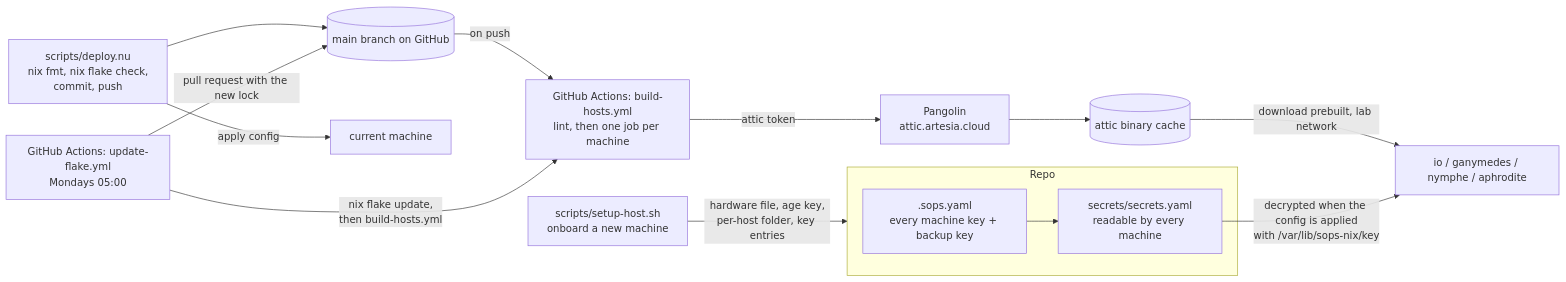
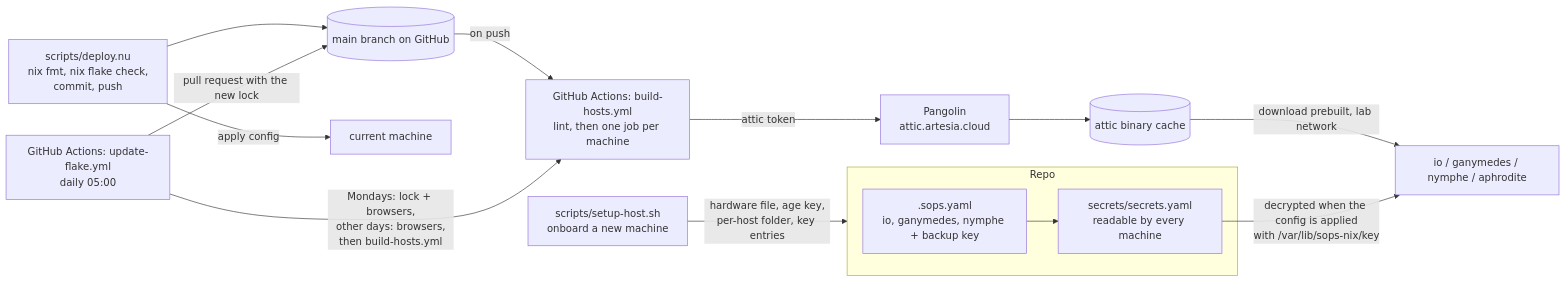
The second of 2 diagrams in docs/structure.md (68656c6c/celestial), drawn with Mermaid before and after one commit. The commit also changed other lines of this file and 2 other files, not shown here.

````diff
--- a/docs/structure.md
+++ b/docs/structure.md
@@ -158,22 +158,22 @@
 ```mermaid
 flowchart LR
     subgraph repo["Repo"]
-        sopscfg[".sops.yaml<br/>every machine key + backup key"]
+        sopscfg[".sops.yaml<br/>io, ganymedes, nymphe + backup key"]
         secrets["secrets/secrets.yaml<br/>readable by every machine"]
         sopscfg --> secrets
     end
 
     setup["scripts/setup-host.sh<br/>onboard a new machine"] -->|"hardware file, age key,<br/>per-host folder, key entries"| repo
 
     deploy["scripts/deploy.nu<br/>nix fmt, nix flake check,<br/>commit, push"] --> main[("main branch on GitHub")]
     deploy -->|"apply config"| local["current machine"]
 
     main -->|"on push"| ci["GitHub Actions: build-hosts.yml<br/>lint, then one job per machine"]
     ci -->|"attic token"| pangolin["Pangolin<br/>attic.artesia.cloud"]
     pangolin --> attic[("attic binary cache")]
-    upd["GitHub Actions: update-flake.yml<br/>Mondays 05:00"] -->|"nix flake update,<br/>then build-hosts.yml"| ci
+    upd["GitHub Actions: update-flake.yml<br/>daily 05:00"] -->|"Mondays: lock + browsers,<br/>other days: browsers,<br/>then build-hosts.yml"| ci
     upd -->|"pull request with the new lock"| main
 
     attic -->|"download prebuilt, lab network"| hostsbox["io / ganymedes / nymphe / aphrodite"]
     secrets -->|"decrypted when the config is applied<br/>with /var/lib/sops-nix/key"| hostsbox
 ```
````
